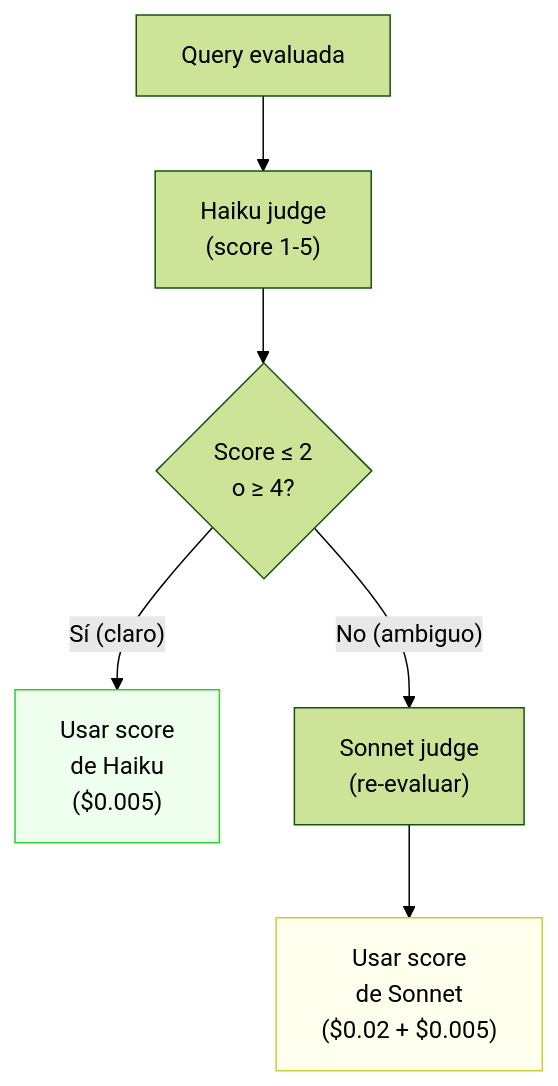
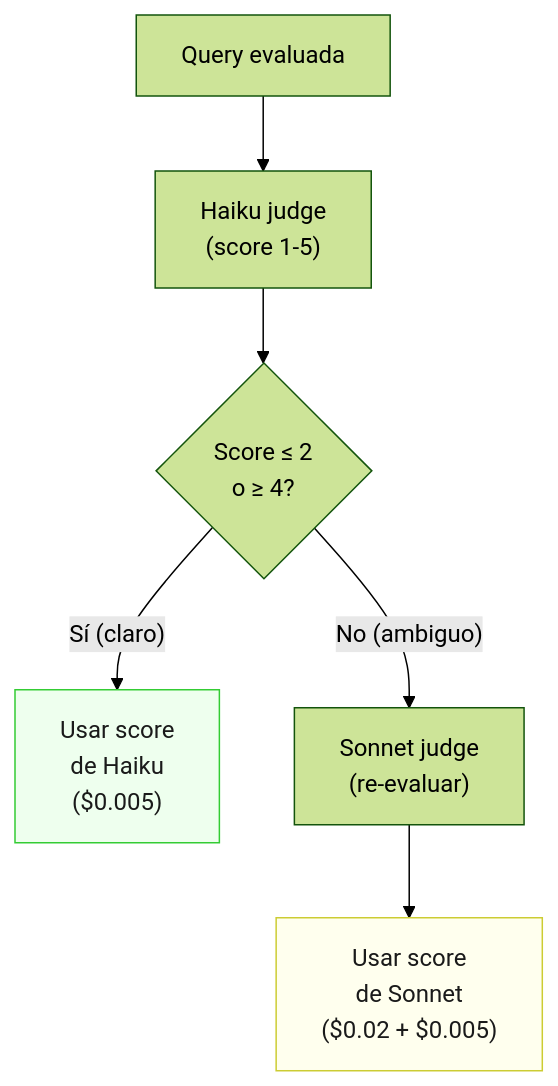
Before and after one commit to Alonsomar/estudio-personal: the fifth of 6 diagrams in 01-evals/theory/10-costo-pareto.md, drawn with Mermaid (forest theme). The commit also changed other lines of this file and 20 other files, not shown here.

First line of the commit message:
fix(docs): texto oscuro en nodos Mermaid para legibilidad en modo oscuro

````diff
--- a/01-evals/theory/10-costo-pareto.md
+++ b/01-evals/theory/10-costo-pareto.md
@@ -153,12 +153,12 @@
 ```mermaid
 graph TD
     Q["Query evaluada"]
     Q --> H["Haiku judge<br/>(score 1-5)"]
     H --> C1{"Score ≤ 2<br/>o ≥ 4?"}
     C1 -- "Sí (claro)" --> R1["Usar score<br/>de Haiku<br/>($0.005)"]
     C1 -- "No (ambiguo)" --> S["Sonnet judge<br/>(re-evaluar)"]
     S --> R2["Usar score<br/>de Sonnet<br/>($0.02 + $0.005)"]
     
-    style R1 fill:#efe,stroke:#3c3
-    style R2 fill:#ffe,stroke:#cc3
+    style R1 fill:#efe,stroke:#3c3,color:#1a1a1a
+    style R2 fill:#ffe,stroke:#cc3,color:#1a1a1a
 ```
````
